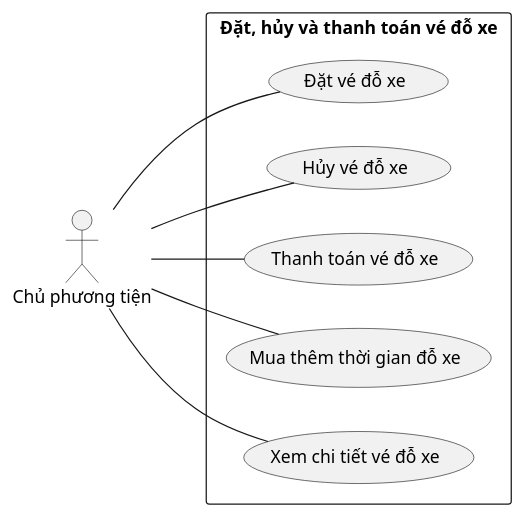
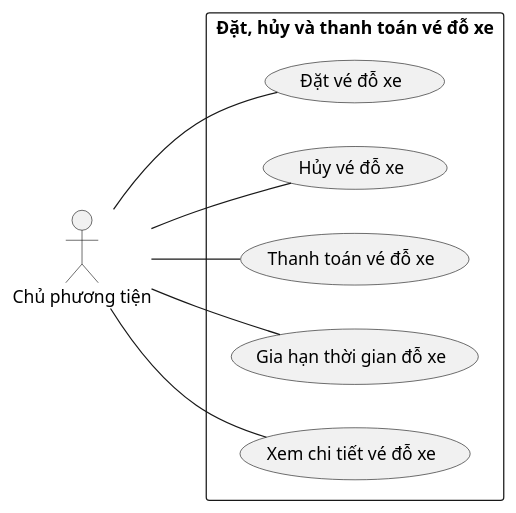
Before and after one commit to hieutbui/graduation-diagram: the diagram in usecase/book_cancel_payment_tickets.wsd, drawn with PlantUML. The commit also changed 3 other files, not shown here.

```diff
--- a/usecase/book_cancel_payment_tickets.wsd
+++ b/usecase/book_cancel_payment_tickets.wsd
@@ -1,17 +1,17 @@
 @startuml book_cancel_payment_tickets
 
 left to right direction
 skinparam packageStyle rect
 
 actor "Chủ phương tiện" as VehicleOwner
 
 rectangle "Đặt, hủy và thanh toán vé đỗ xe" as BookCancelPaymentTickets {
   'VehicleOwner'
     VehicleOwner -- (Đặt vé đỗ xe)
     VehicleOwner -- (Hủy vé đỗ xe)
     VehicleOwner -- (Thanh toán vé đỗ xe)
-    VehicleOwner -- (Mua thêm thời gian đỗ xe)
+    VehicleOwner -- (Gia hạn thời gian đỗ xe)
     VehicleOwner -- (Xem chi tiết vé đỗ xe)
 }
 
 @enduml
```
